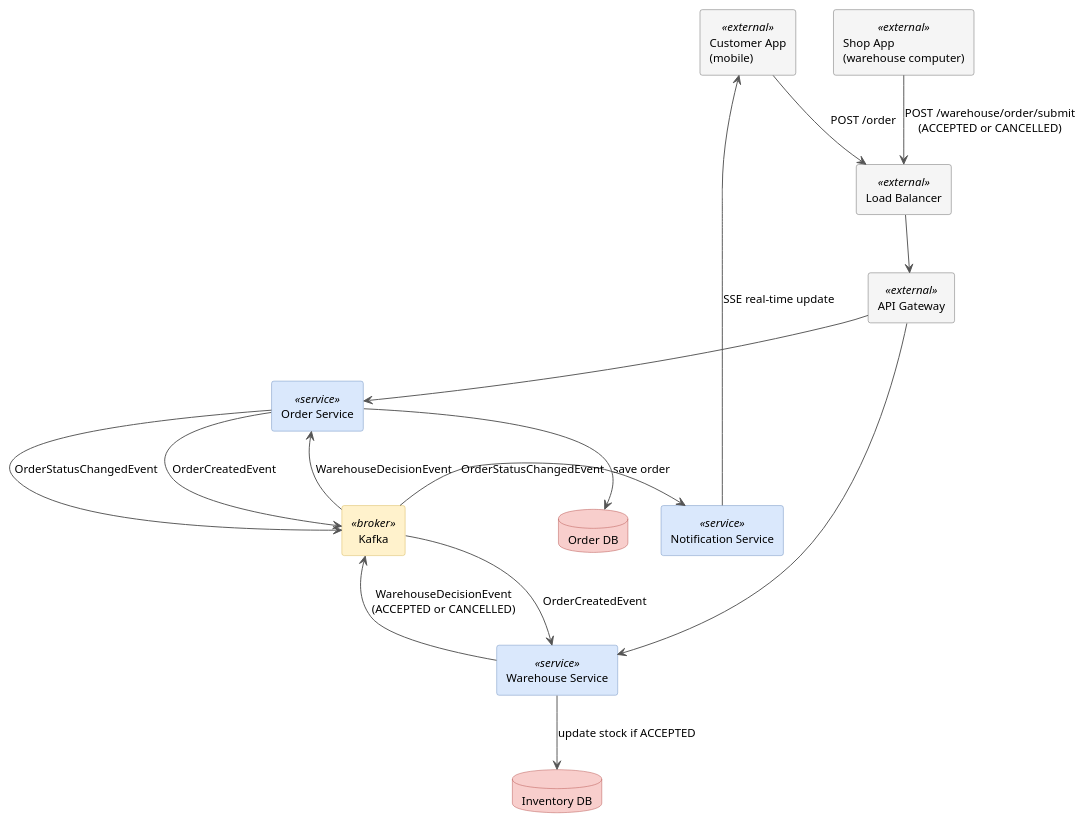
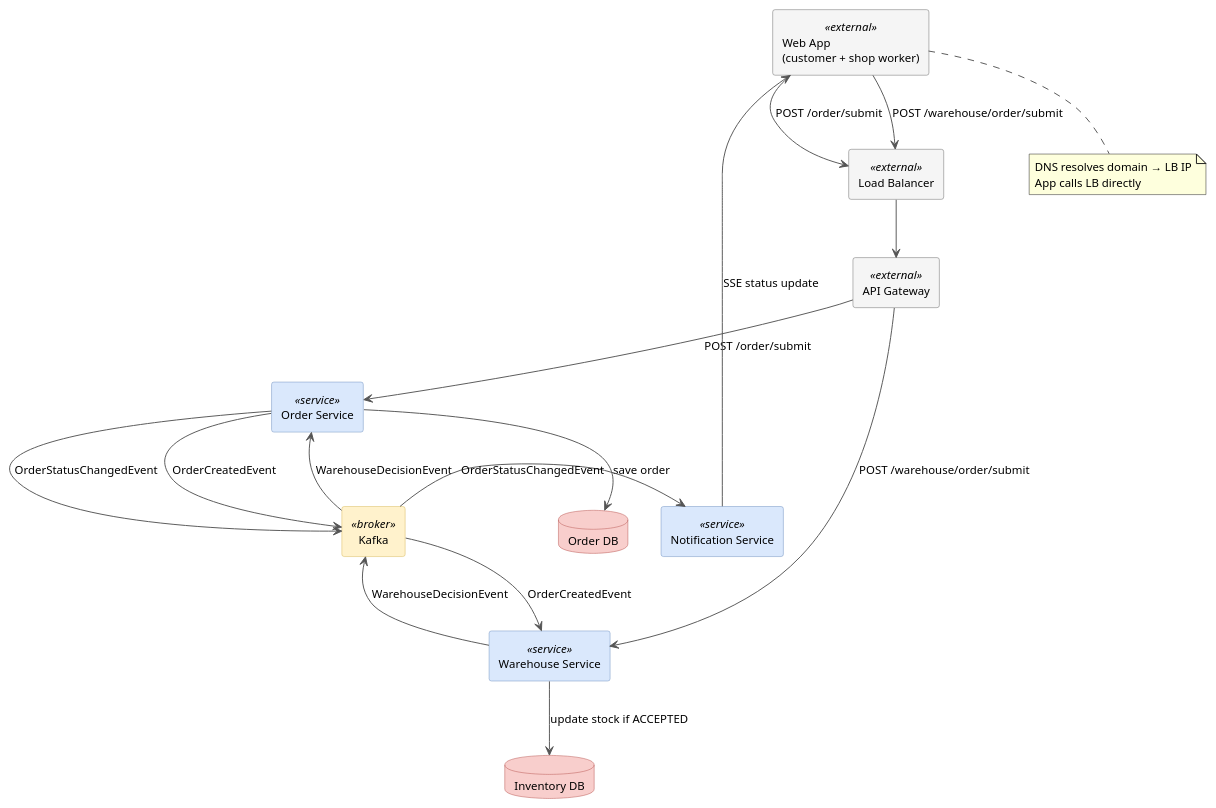
One commit to hristiina/order-state-machine changed the diagram in README.md. Above: the diagram before and after it, drawn with PlantUML. The commit also changed other lines of this file and 1 other file, not shown here.

Commit message:
Update architecture diagram, rename order endpoint to /order/submit
New diagram consolidates Customer App and Shop App into one Web App
component and adds a DNS note. OrderController's create-order endpoint
renamed from POST /order to POST /order/submit to match the diagram and
the existing /warehouse/order/submit convention. README Flow and API
table updated to match.

````diff
--- a/README.md
+++ b/README.md
@@ -12,50 +12,62 @@
 ```plantuml
 @startuml order_system_design
 skinparam backgroundColor #FFFFFF
 skinparam componentStyle rectangle
 skinparam ArrowColor #555555
 skinparam defaultFontSize 12
-
 skinparam component {
   BackgroundColor<<service>> #DAE8FC
   BorderColor<<service>> #6C8EBF
   BackgroundColor<<broker>> #FFF2CC
   BorderColor<<broker>> #D6B656
   BackgroundColor<<external>> #F5F5F5
   BorderColor<<external>> #666666
 }
 skinparam database {
   BackgroundColor #F8CECC
   BorderColor #B85450
 }
 
-component "Customer App\n(mobile)" as client <<external>>
-component "Shop App\n(warehouse computer)" as shopApp <<external>>
+' ── ROW 1: Client ──
+component "Web App\n(customer + shop worker)" as client <<external>>
+
+' ── DNS (lookup only, not in traffic path) ──
+note "DNS resolves domain → LB IP\nApp calls LB directly" as dns
+client .. dns
+
+' ── ROW 2: Entry ──
 component "Load Balancer" as lb <<external>>
 component "API Gateway" as gateway <<external>>
+
+' ── ROW 3: Services ──
 component "Order Service" as orderService <<service>>
 component "Warehouse Service" as warehouseService <<service>>
 component "Notification Service" as notificationService <<service>>
+
+' ── ROW 4: Kafka ──
 component "Kafka" as kafka <<broker>>
+
+' ── ROW 5: Databases ──
 database "Order DB" as orderDb
 database "Inventory DB" as inventoryDb
 
-client -down-> lb : POST /order
+' ── FLOW ──
+client -down-> lb : POST /order/submit
+client -down-> lb : POST /warehouse/order/submit
 lb -down-> gateway
-gateway -down-> orderService
+gateway -down-> orderService : POST /order/submit
+gateway -down-> warehouseService : POST /warehouse/order/submit
 orderService -down-> orderDb : save order
-
-shopApp -down-> lb : POST /warehouse/order/submit\n(ACCEPTED or CANCELLED)
-gateway -down-> warehouseService
 warehouseService -down-> inventoryDb : update stock if ACCEPTED
 
 orderService -right-> kafka : OrderCreatedEvent
 kafka -down-> warehouseService : OrderCreatedEvent
-warehouseService -right-> kafka : WarehouseDecisionEvent\n(ACCEPTED or CANCELLED)
+warehouseService -right-> kafka : WarehouseDecisionEvent
 kafka -up-> orderService : WarehouseDecisionEvent
 orderService -down-> kafka : OrderStatusChangedEvent
 kafka -right-> notificationService : OrderStatusChangedEvent
 
-notificationService -up-> client : SSE real-time update
+notificationService -up-> client : SSE status update
+
 @enduml
 ```
````
